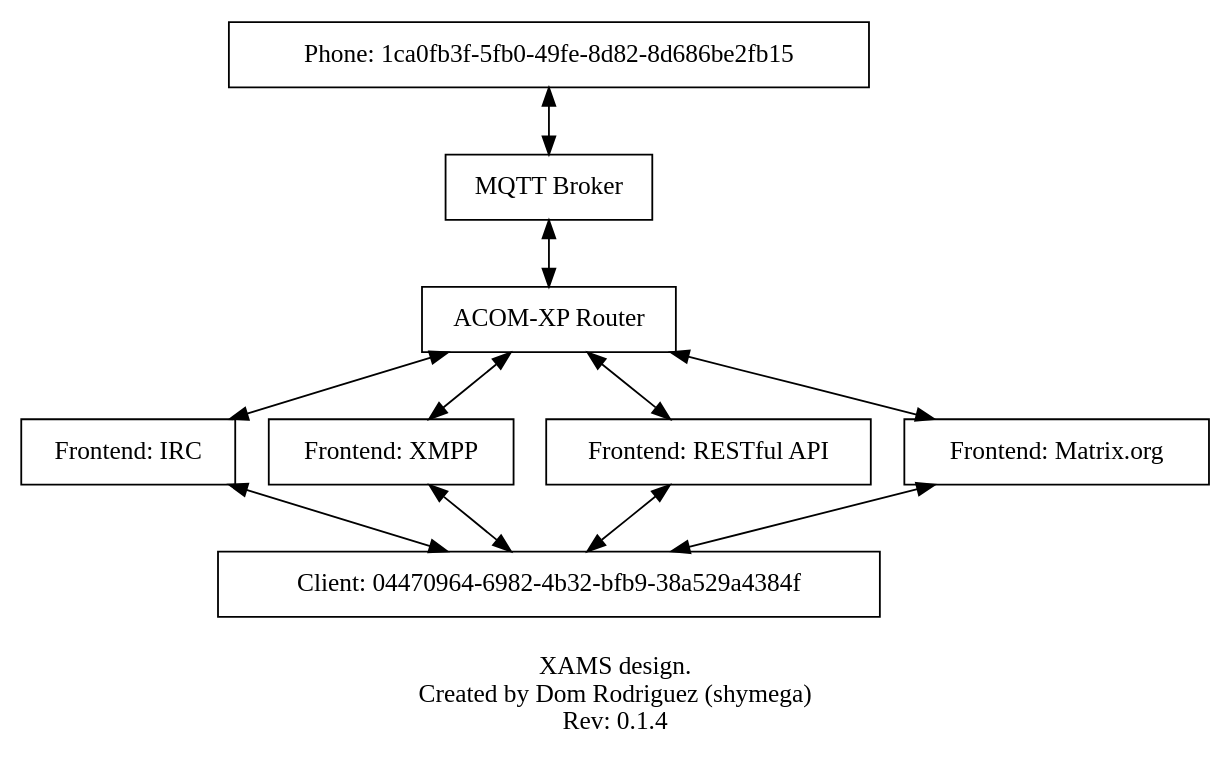
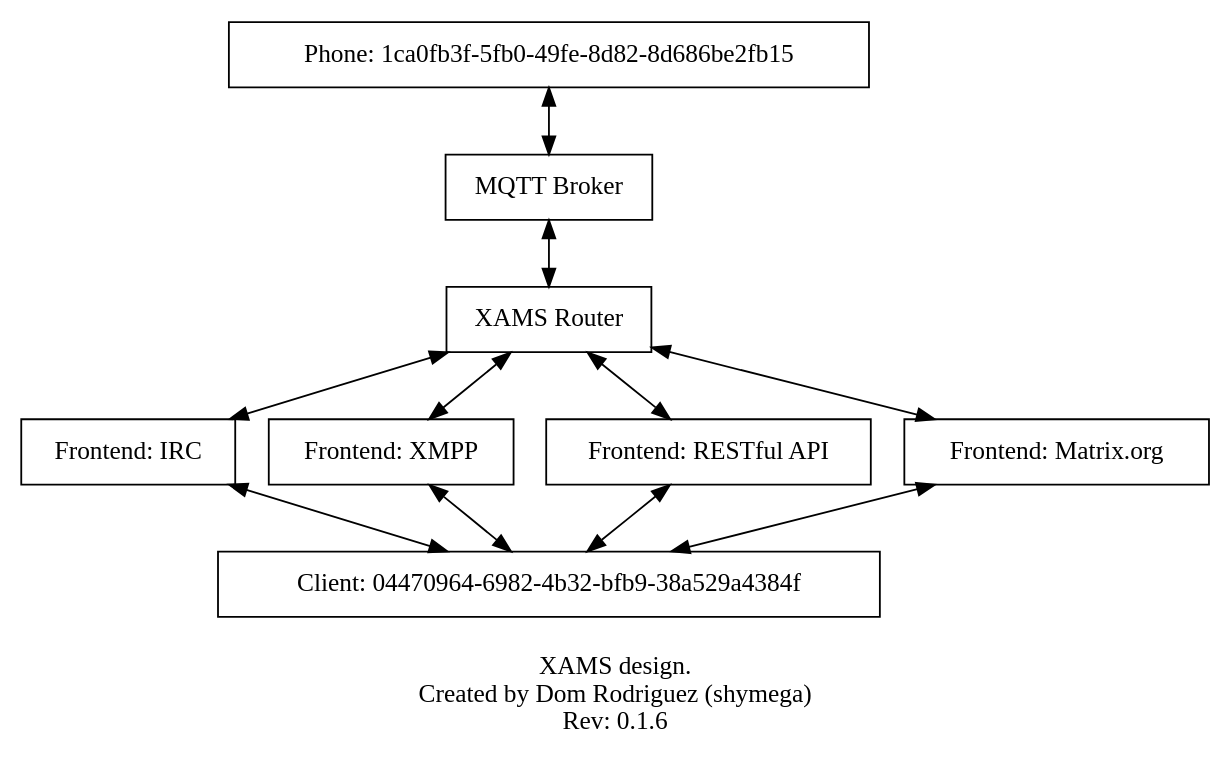
Before and after one commit to XAMS-Project/XAMS: the diagram in diagrams/router.dot, drawn with Graphviz.

Commit message:
Update name

```diff
--- a/diagrams/router.dot
+++ b/diagrams/router.dot
@@ -1,23 +1,23 @@
 digraph Router {
     node [shape=record];
     
     phone0 [label="Phone: 1ca0fb3f-5fb0-49fe-8d82-8d686be2fb15"];
 
     broker [label="MQTT Broker"];
-    router [label="ACOM-XP Router"];
+    router [label="XAMS Router"];
 
     frt_irc [label="Frontend: IRC"];
     frt_xmpp [label="Frontend: XMPP"];
     frt_rest [label="Frontend: RESTful API"];
     frt_matrix [label="Frontend: Matrix.org"];
 
     phone0 -> broker -> router [dir="both"];
 
     router -> {frt_irc,frt_xmpp,frt_rest,frt_matrix} [dir="both"];
 
     client0 [label="Client: 04470964-6982-4b32-bfb9-38a529a4384f"];
 
     {frt_irc,frt_xmpp,frt_rest,frt_matrix} -> client0 [dir="both"];
 
-    label = "\nXAMS design.\nCreated by Dom Rodriguez (shymega)\nRev: 0.1.4"
+    label = "\nXAMS design.\nCreated by Dom Rodriguez (shymega)\nRev: 0.1.6"
 }
```
